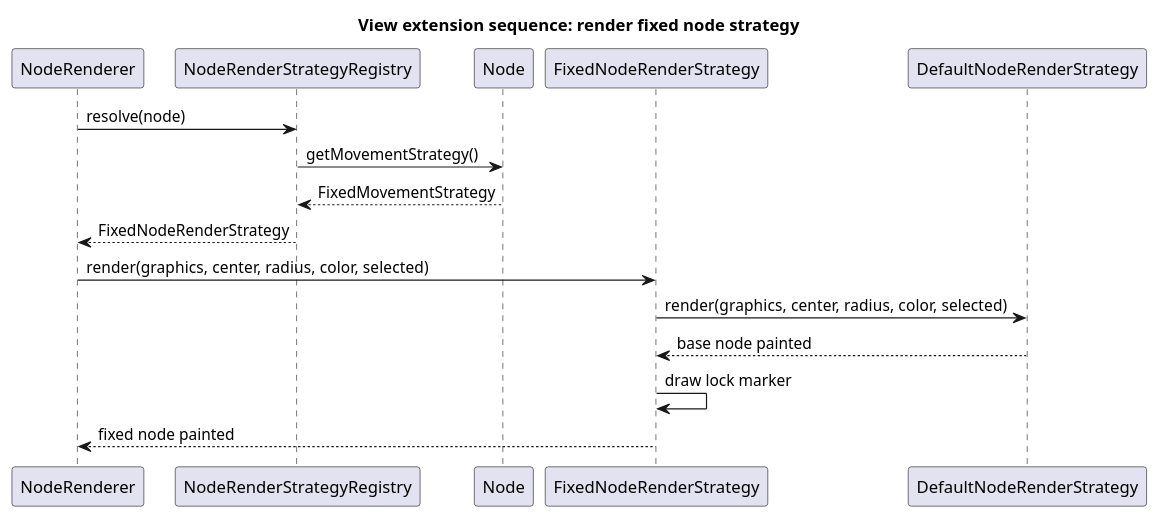
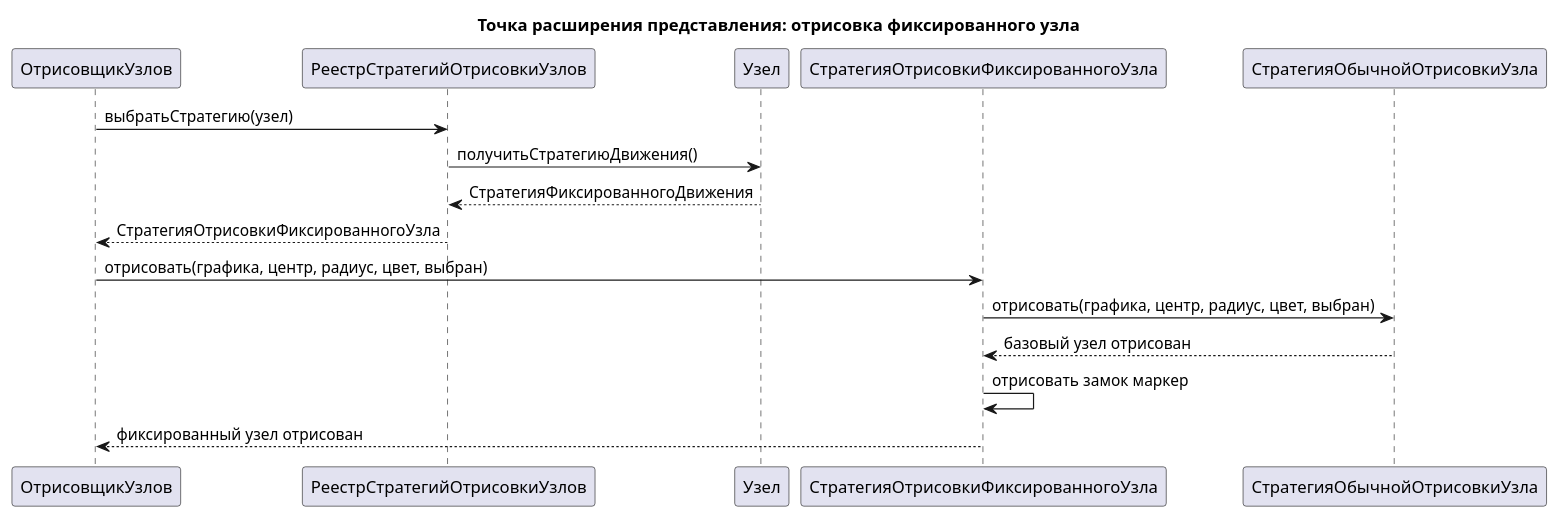
Before and after one commit to dmitriyBreyfogel/Untangle: the diagram in diagrams/Point of extension/View sequence diagrams/03 Render fixed node strategy.puml, drawn with PlantUML. The commit also changed 21 other files, not shown here.

Commit message:
[diagrams] Переведены PlantUML диаграммы на русский

```diff
--- a/diagrams/Point of extension/View sequence diagrams/03 Render fixed node strategy.puml
+++ b/diagrams/Point of extension/View sequence diagrams/03 Render fixed node strategy.puml
@@ -1,20 +1,20 @@
 @startuml
-title View extension sequence: render fixed node strategy
+title Точка расширения представления: отрисовка фиксированного узла
 
-participant "NodeRenderer" as NodeRenderer
-participant "NodeRenderStrategyRegistry" as Registry
-participant "Node" as Node
-participant "FixedNodeRenderStrategy" as FixedStrategy
-participant "DefaultNodeRenderStrategy" as DefaultStrategy
+participant "ОтрисовщикУзлов" as ОтрисовщикУзлов
+participant "РеестрСтратегийОтрисовкиУзлов" as Реестр
+participant "Узел" as Узел
+participant "СтратегияОтрисовкиФиксированногоУзла" as ФиксированнаяСтратегия
+participant "СтратегияОбычнойОтрисовкиУзла" as ОбычнаяСтратегия
 
-NodeRenderer -> Registry : resolve(node)
-Registry -> Node : getMovementStrategy()
-Node --> Registry : FixedMovementStrategy
-Registry --> NodeRenderer : FixedNodeRenderStrategy
-NodeRenderer -> FixedStrategy : render(graphics, center, radius, color, selected)
-FixedStrategy -> DefaultStrategy : render(graphics, center, radius, color, selected)
-DefaultStrategy --> FixedStrategy : base node painted
-FixedStrategy -> FixedStrategy : draw lock marker
-FixedStrategy --> NodeRenderer : fixed node painted
+ОтрисовщикУзлов -> Реестр : выбратьСтратегию(узел)
+Реестр -> Узел : получитьСтратегиюДвижения()
+Узел --> Реестр : СтратегияФиксированногоДвижения
+Реестр --> ОтрисовщикУзлов : СтратегияОтрисовкиФиксированногоУзла
+ОтрисовщикУзлов -> ФиксированнаяСтратегия : отрисовать(графика, центр, радиус, цвет, выбран)
+ФиксированнаяСтратегия -> ОбычнаяСтратегия : отрисовать(графика, центр, радиус, цвет, выбран)
+ОбычнаяСтратегия --> ФиксированнаяСтратегия : базовый узел отрисован
+ФиксированнаяСтратегия -> ФиксированнаяСтратегия : отрисовать замок маркер
+ФиксированнаяСтратегия --> ОтрисовщикУзлов : фиксированный узел отрисован
 
 @enduml
```
